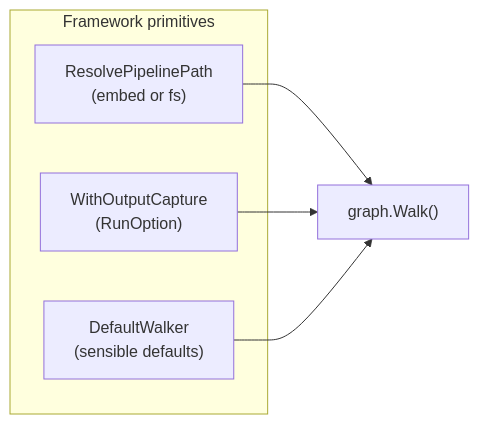
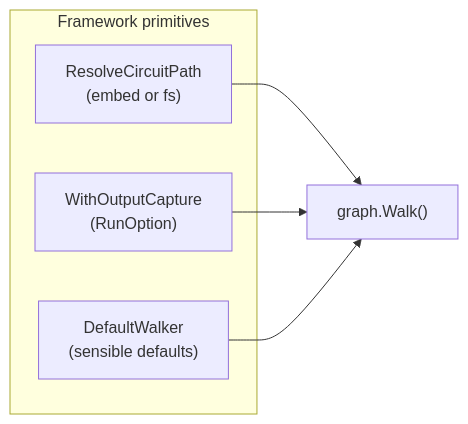
Before and after one commit to dpopsuev/origami: the second of 2 diagrams in .cursor/contracts/completed/framework/consumer-ergonomics.md, drawn with Mermaid. The commit also changed other lines of this file and 315 other files, not shown here.

````diff
--- a/.cursor/contracts/completed/framework/consumer-ergonomics.md
+++ b/.cursor/contracts/completed/framework/consumer-ergonomics.md
@@ -38,12 +38,12 @@
 ```mermaid
 flowchart LR
     subgraph framework [Framework primitives]
-        RPP["ResolvePipelinePath\n(embed or fs)"]
+        RPP["ResolveCircuitPath\n(embed or fs)"]
         WOC["WithOutputCapture\n(RunOption)"]
         DW["DefaultWalker\n(sensible defaults)"]
     end
 
     RPP --> Walk["graph.Walk()"]
     WOC --> Walk
     DW --> Walk
 ```
````
